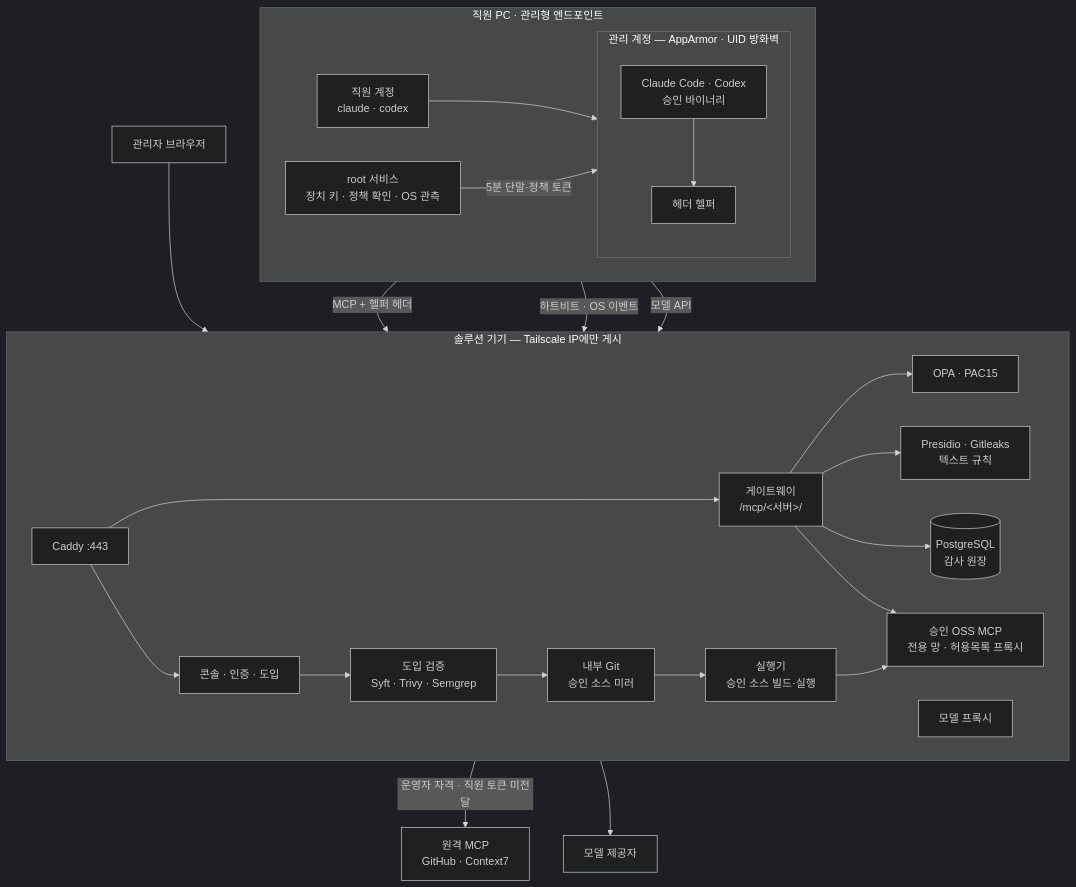
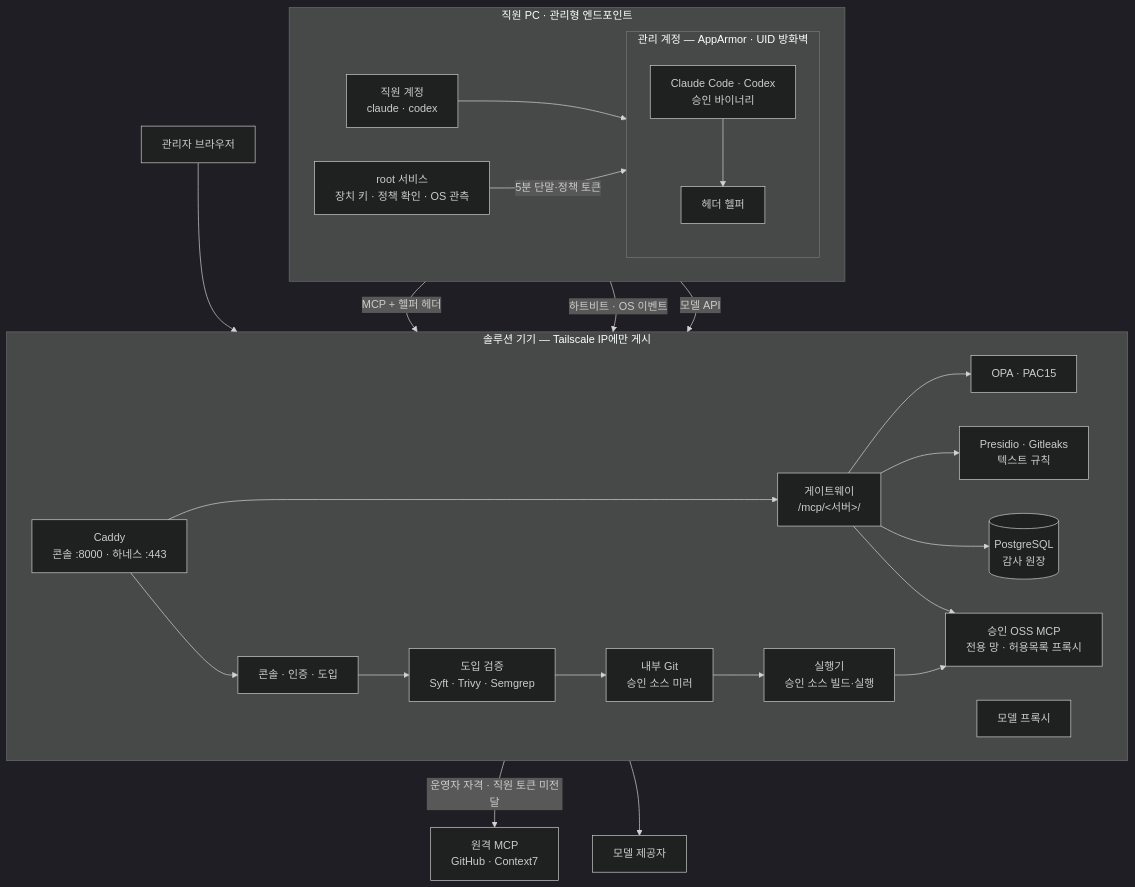
The first of 2 diagrams in README.md (MCP-governance/mcp-gateway), drawn with Mermaid (dark theme) before and after one commit. The commit also changed other lines of this file and 4 other files, not shown here.

````diff
--- a/README.md
+++ b/README.md
@@ -8,33 +8,33 @@
 ```mermaid
 flowchart TB
   subgraph PC["직원 PC · 관리형 엔드포인트"]
     direction LR
     EMP["직원 계정<br/>claude · codex"] --> HAR
     subgraph MANAGED["관리 계정 — AppArmor · UID 방화벽"]
       direction TB
       HAR["Claude Code · Codex<br/>승인 바이너리"] --> HELP["헤더 헬퍼"]
     end
     SVC["root 서비스<br/>장치 키 · 정책 확인 · OS 관측"] -- "5분 단말·정책 토큰" --> HELP
   end
 
   subgraph APP["솔루션 기기 — Tailscale IP에만 게시"]
     direction LR
-    CADDY["Caddy :443"] --> GW["게이트웨이<br/>/mcp/&lt;서버&gt;/"]
+    CADDY["Caddy<br/>콘솔 :8000 · 하네스 :443"] --> GW["게이트웨이<br/>/mcp/&lt;서버&gt;/"]
     CADDY --> CON["콘솔 · 인증 · 도입"]
     GW --> OPA["OPA · PAC15"]
     GW --> INS["Presidio · Gitleaks<br/>텍스트 규칙"]
     GW --> DB[("PostgreSQL<br/>감사 원장")]
     CON --> IW["도입 검증<br/>Syft · Trivy · Semgrep"] --> GIT["내부 Git<br/>승인 소스 미러"]
     RW["실행기<br/>승인 소스 빌드·실행"] --> HOST["승인 OSS MCP<br/>전용 망 · 허용목록 프록시"]
     GIT --> RW
     GW --> HOST
     MP["모델 프록시"]
   end
 
   HAR -- "MCP + 헬퍼 헤더" --> CADDY
   SVC -- "하트비트 · OS 이벤트" --> CADDY
   HAR -- "모델 API" --> MP
   GW -- "운영자 자격 · 직원 토큰 미전달" --> SAAS["원격 MCP<br/>GitHub · Context7"]
   MP --> LLM["모델 제공자"]
   ADMIN["관리자 브라우저"] --> CADDY
 ```
````
